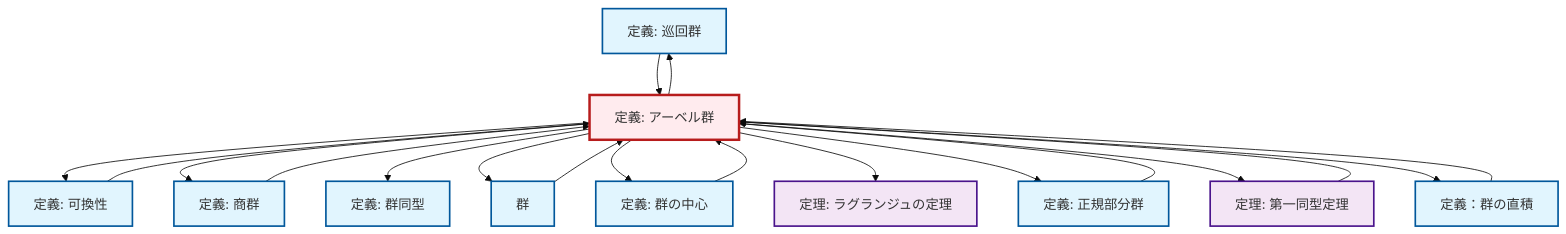
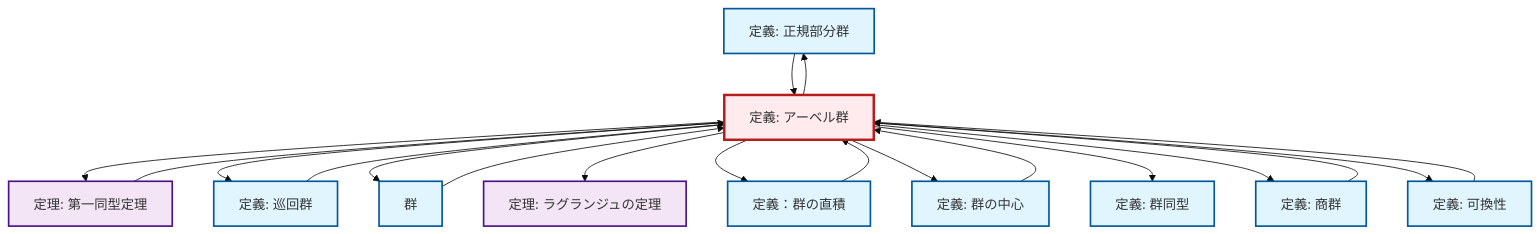
One commit to RK0429/ModernMath changed the diagram in content/ja/algebra/def-abelian-group.qmd. Above: the diagram before and after it, drawn with Mermaid (base theme). The commit also changed 672 other files, not shown here.

````diff
--- a/content/ja/algebra/def-abelian-group.qmd
+++ b/content/ja/algebra/def-abelian-group.qmd
@@ -104,49 +104,49 @@
 ```{mermaid}
-%%| fig-cap: "Local dependency graph"
+%%| fig-cap: "ローカル依存関係グラフ"
 graph TD
     classDef definition fill:#e1f5fe,stroke:#01579b,stroke-width:2px
     classDef theorem fill:#f3e5f5,stroke:#4a148c,stroke-width:2px
     classDef axiom fill:#fff3e0,stroke:#e65100,stroke-width:2px
     classDef example fill:#e8f5e9,stroke:#1b5e20,stroke-width:2px
     classDef current fill:#ffebee,stroke:#b71c1c,stroke-width:3px
+    def-normal-subgroup["定義: 正規部分群"]:::definition
+    def-cyclic-group["定義: 巡回群"]:::definition
+    def-direct-product["定義：群の直積"]:::definition
+    def-quotient-group["定義: 商群"]:::definition
     def-isomorphism["定義: 群同型"]:::definition
-    def-cyclic-group["定義: 巡回群"]:::definition
-    thm-lagrange["定理: ラグランジュの定理"]:::theorem
-    def-abelian-group["定義: アーベル群"]:::definition
-    def-normal-subgroup["定義: 正規部分群"]:::definition
-    def-center-of-group["定義: 群の中心"]:::definition
     def-commutativity["定義: 可換性"]:::definition
-    def-quotient-group["定義: 商群"]:::definition
-    def-direct-product["定義：群の直積"]:::definition
     thm-first-isomorphism["定理: 第一同型定理"]:::theorem
     def-group["群"]:::definition
+    thm-lagrange["定理: ラグランジュの定理"]:::theorem
+    def-center-of-group["定義: 群の中心"]:::definition
+    def-abelian-group["定義: アーベル群"]:::definition
+    def-group --> def-abelian-group
+    def-abelian-group --> thm-first-isomorphism
+    def-abelian-group --> def-cyclic-group
+    thm-first-isomorphism --> def-abelian-group
+    def-cyclic-group --> def-abelian-group
+    def-abelian-group --> def-group
+    def-abelian-group --> thm-lagrange
+    def-abelian-group --> def-normal-subgroup
+    def-abelian-group --> def-direct-product
+    def-abelian-group --> def-center-of-group
+    def-center-of-group --> def-abelian-group
+    def-quotient-group --> def-abelian-group
+    def-abelian-group --> def-isomorphism
+    def-commutativity --> def-abelian-group
+    def-abelian-group --> def-quotient-group
     def-abelian-group --> def-commutativity
     def-normal-subgroup --> def-abelian-group
-    def-abelian-group --> def-quotient-group
-    def-quotient-group --> def-abelian-group
-    def-abelian-group --> def-isomorphism
-    def-center-of-group --> def-abelian-group
-    def-abelian-group --> def-group
-    def-group --> def-abelian-group
-    thm-first-isomorphism --> def-abelian-group
-    def-abelian-group --> def-center-of-group
-    def-abelian-group --> thm-lagrange
-    def-abelian-group --> def-cyclic-group
-    def-commutativity --> def-abelian-group
-    def-cyclic-group --> def-abelian-group
-    def-abelian-group --> def-normal-subgroup
-    def-abelian-group --> thm-first-isomorphism
     def-direct-product --> def-abelian-group
-    def-abelian-group --> def-direct-product
     class def-abelian-group current
+    click def-normal-subgroup "def-normal-subgroup.html" "正規部分群の定義へ"
+    click def-cyclic-group "def-cyclic-group.html" "巡回群の定義へ"
+    click def-direct-product "def-direct-product.html" "定義：群の直積へ"
+    click def-quotient-group "def-quotient-group.html" "商群の定義へ"
     click def-isomorphism "def-isomorphism.html" "群同型の定義へ"
-    click def-cyclic-group "def-cyclic-group.html" "巡回群の定義へ"
-    click thm-lagrange "thm-lagrange.html" "ラグランジュの定理の定理へ"
-    click def-normal-subgroup "def-normal-subgroup.html" "正規部分群の定義へ"
-    click def-center-of-group "def-center-of-group.html" "群の中心の定義へ"
     click def-commutativity "def-commutativity.html" "可換性の定義へ"
-    click def-quotient-group "def-quotient-group.html" "商群の定義へ"
-    click def-direct-product "def-direct-product.html" "定義：群の直積へ"
     click thm-first-isomorphism "thm-first-isomorphism.html" "第一同型定理の定理へ"
     click def-group "def-group.html" "群へ"
+    click thm-lagrange "thm-lagrange.html" "ラグランジュの定理の定理へ"
+    click def-center-of-group "def-center-of-group.html" "群の中心の定義へ"
 ```
````
